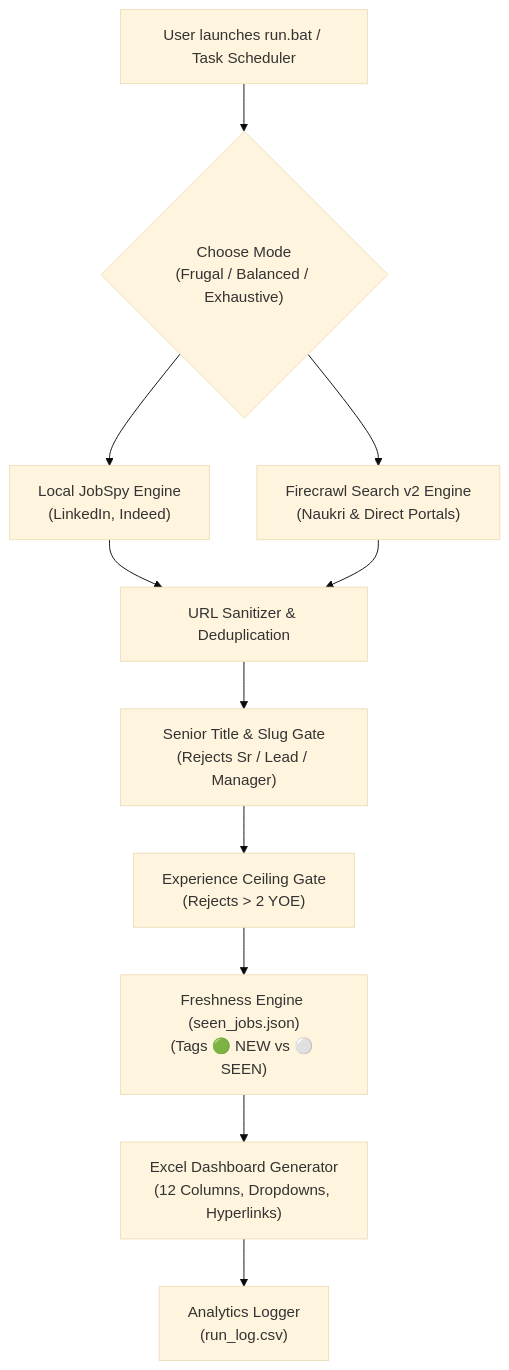
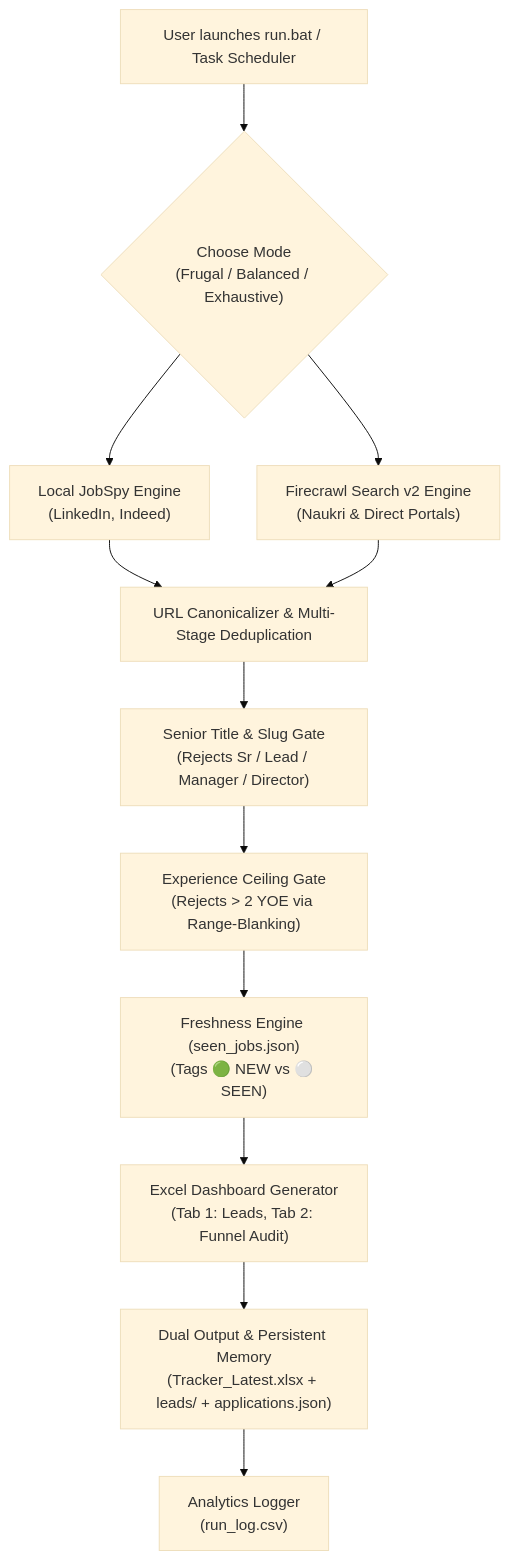
Before and after one commit to harsha71018/Project-Heimdall: the diagram in README.md, drawn with Mermaid (base theme). The commit also changed other lines of this file, not shown here.

Commit message:
docs: update README with Phase 2 dual-output, Tab 2 audit, IT support pipeline, and 45-day retention

````diff
--- a/README.md
+++ b/README.md
@@ -22,13 +26,14 @@
 ```mermaid
 flowchart TD
     A["User launches run.bat / Task Scheduler"] --> B{"Choose Mode<br/>(Frugal / Balanced / Exhaustive)"}
     B --> C["Local JobSpy Engine<br/>(LinkedIn, Indeed)"]
     B --> D["Firecrawl Search v2 Engine<br/>(Naukri & Direct Portals)"]
-    C --> E["URL Sanitizer & Deduplication"]
+    C --> E["URL Canonicalizer & Multi-Stage Deduplication"]
     D --> E
-    E --> F["Senior Title & Slug Gate<br/>(Rejects Sr / Lead / Manager)"]
-    F --> G["Experience Ceiling Gate<br/>(Rejects > 2 YOE)"]
+    E --> F["Senior Title & Slug Gate<br/>(Rejects Sr / Lead / Manager / Director)"]
+    F --> G["Experience Ceiling Gate<br/>(Rejects > 2 YOE via Range-Blanking)"]
     G --> H["Freshness Engine (seen_jobs.json)<br/>(Tags 🟢 NEW vs ⚪ SEEN)"]
-    H --> I["Excel Dashboard Generator<br/>(12 Columns, Dropdowns, Hyperlinks)"]
-    I --> J["Analytics Logger<br/>(run_log.csv)"]
+    H --> I["Excel Dashboard Generator<br/>(Tab 1: Leads, Tab 2: Funnel Audit)"]
+    I --> J["Dual Output & Persistent Memory<br/>(Tracker_Latest.xlsx + leads/ + applications.json)"]
+    J --> K["Analytics Logger<br/>(run_log.csv)"]
 ```
````
